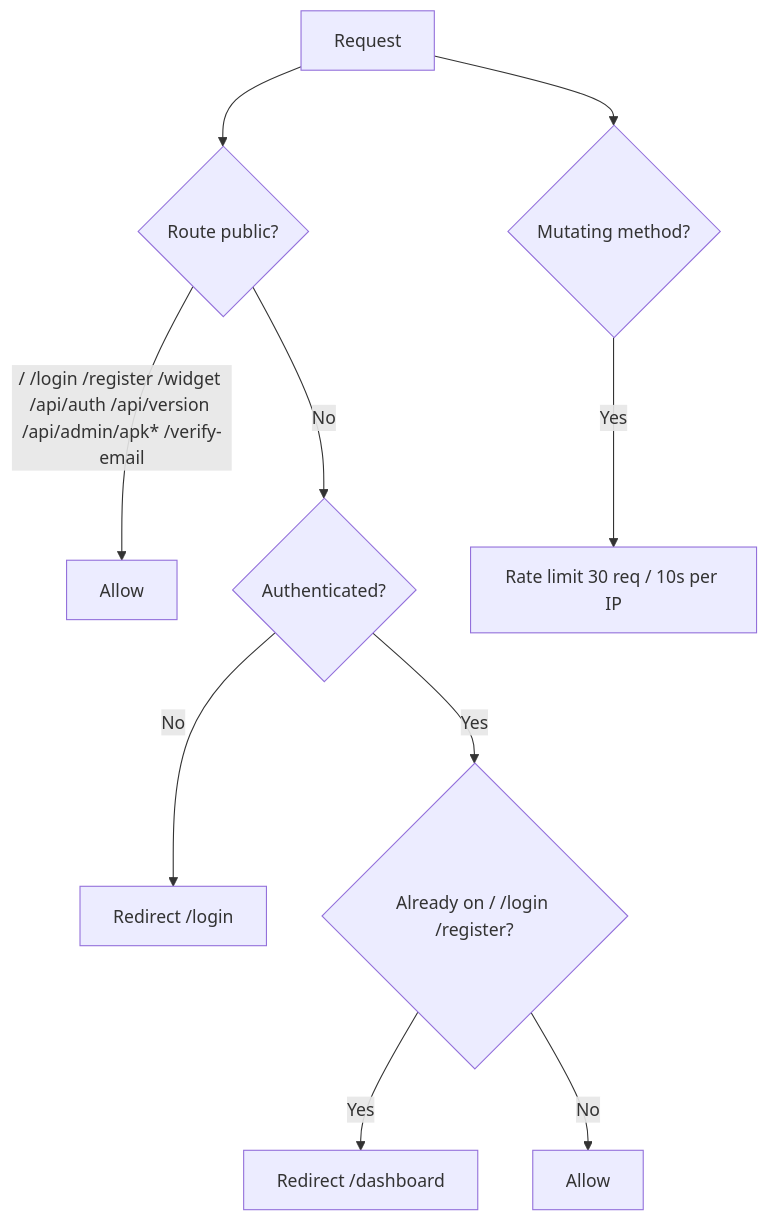
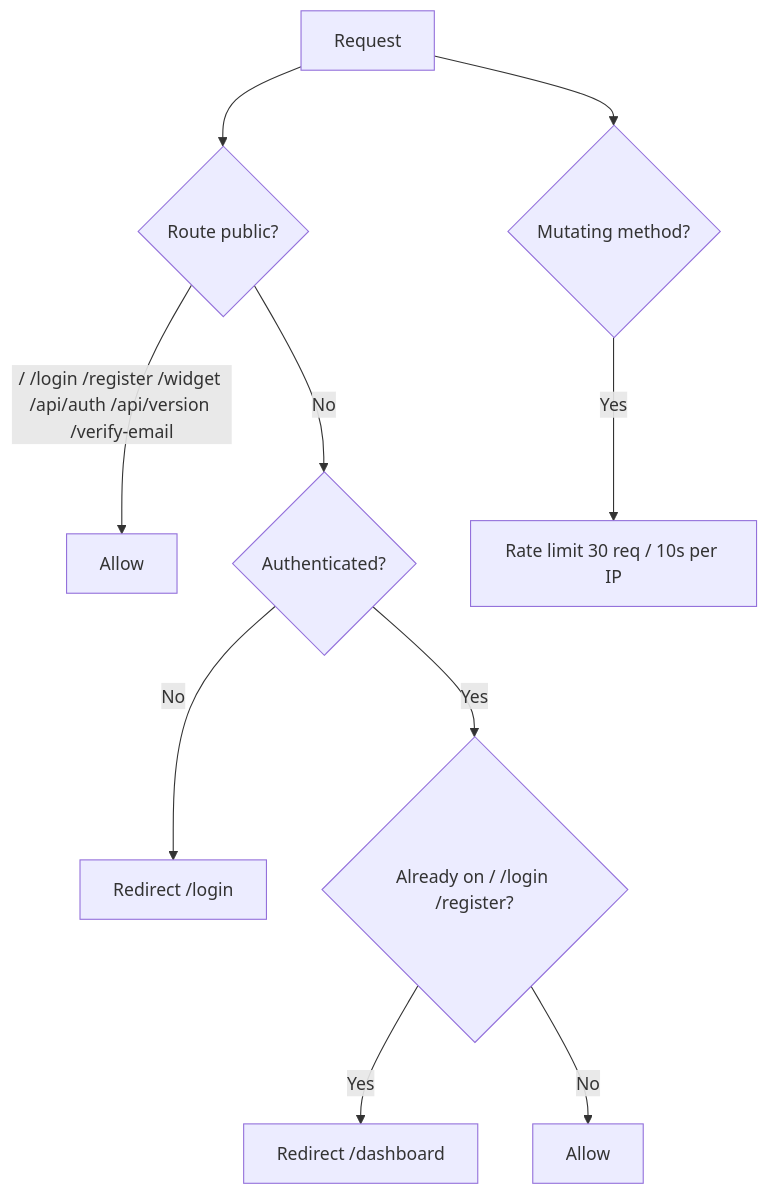
Before and after one commit to amblessly/schedly: the first of 5 diagrams in FLOW-STRUCTURE.md, drawn with Mermaid. The commit also changed other lines of this file and 97 other files, not shown here.

````diff
--- a/FLOW-STRUCTURE.md
+++ b/FLOW-STRUCTURE.md
@@ -70,12 +68,12 @@
 ```mermaid
 flowchart TD
     A[Request] --> B{Route public?}
-    B -->|"/ /login /register /widget /api/auth /api/version /api/admin/apk* /verify-email"| C[Allow]
+    B -->|"/ /login /register /widget /api/auth /api/version /verify-email"| C[Allow]
     B -->|No| D{Authenticated?}
     D -->|No| E[Redirect /login]
     D -->|Yes| F{Already on / /login /register?}
     F -->|Yes| G[Redirect /dashboard]
     F -->|No| H[Allow]
     A --> I{Mutating method?}
     I -->|Yes| J[Rate limit 30 req / 10s per IP]
 ```
````
